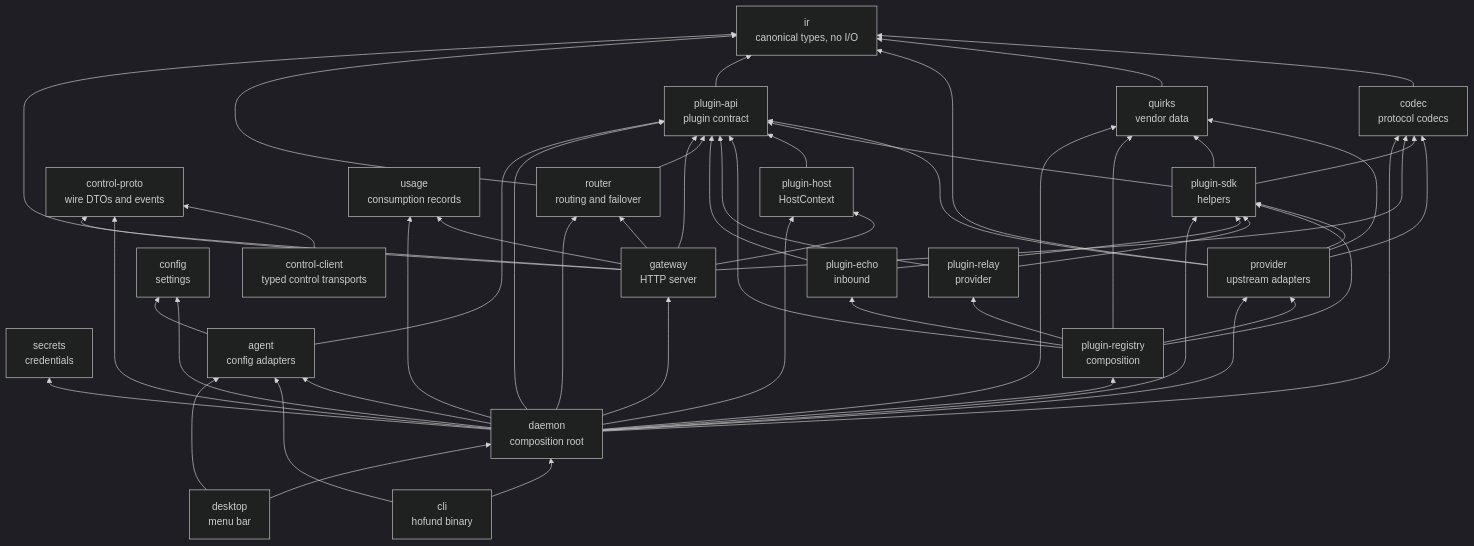
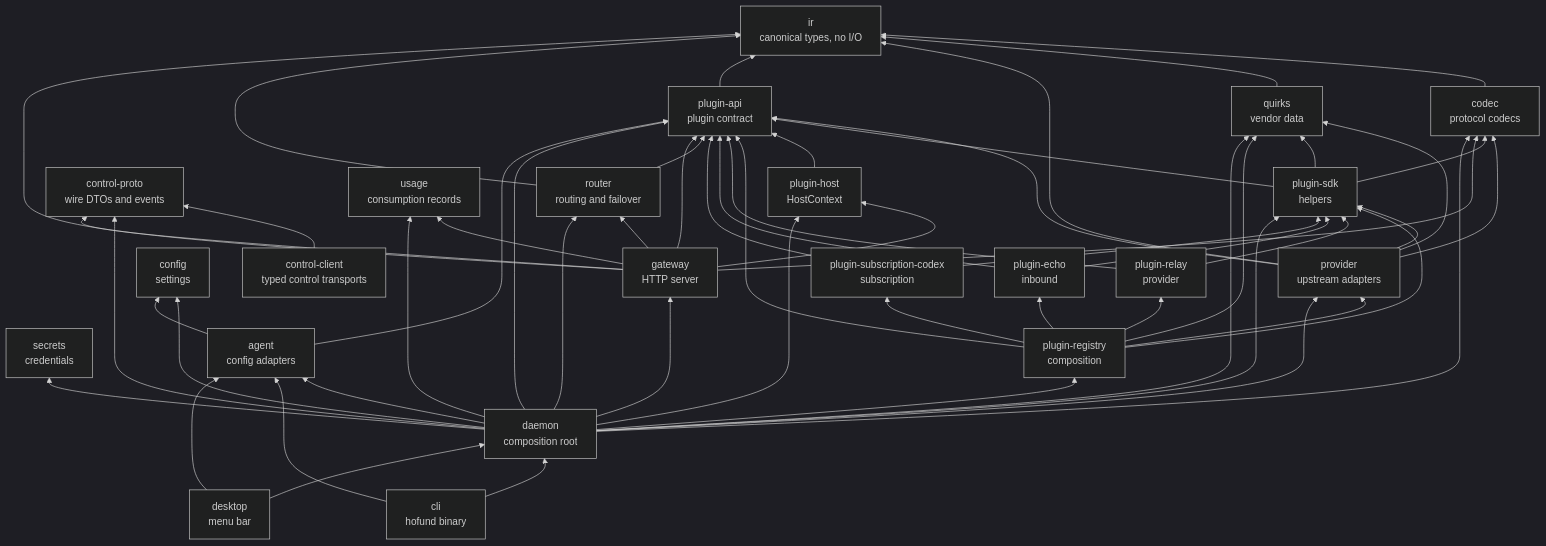
The diagram in docs/architecture.md (logibricks-io/open-heimdall-hofund), drawn with Mermaid (dark theme) before and after one commit. The commit also changed other lines of this file and 2 other files, not shown here.

Commit message:
H1: list the codex plugin in the architecture invariants

````diff
--- a/docs/architecture.md
+++ b/docs/architecture.md
@@ -37,77 +37,81 @@
 ```mermaid
 flowchart BT
   ir["ir<br/>canonical types, no I/O"]
   codec["codec<br/>protocol codecs"]
   quirks["quirks<br/>vendor data"]
   provider["provider<br/>upstream adapters"]
   router["router<br/>routing and failover"]
   config["config<br/>settings"]
   controlClient["control-client<br/>typed control transports"]
   controlProto["control-proto<br/>wire DTOs and events"]
   controlClient --> controlProto
   daemon --> controlProto
   gateway --> controlProto
   secrets["secrets<br/>credentials"]
   usage["usage<br/>consumption records"]
   agent["agent<br/>config adapters"]
   pluginApi["plugin-api<br/>plugin contract"]
   pluginSdk["plugin-sdk<br/>helpers"]
   pluginHost["plugin-host<br/>HostContext"]
   pluginRegistry["plugin-registry<br/>composition"]
   pluginRelay["plugin-relay<br/>provider"]
   pluginEcho["plugin-echo<br/>inbound"]
+  pluginCodex["plugin-subscription-codex<br/>subscription"]
   gateway["gateway<br/>HTTP server"]
   daemon["daemon<br/>composition root"]
   cli["cli<br/>hofund binary"]
   desktop["desktop<br/>menu bar"]
 
   codec --> ir
   quirks --> ir
   provider --> codec
   provider --> ir
   provider --> quirks
   provider --> pluginApi
   provider --> pluginSdk
   pluginApi --> ir
   pluginSdk --> codec
   pluginSdk --> pluginApi
   pluginSdk --> quirks
   pluginHost --> pluginApi
   pluginRegistry --> pluginApi
   pluginRegistry --> pluginSdk
   pluginRegistry --> pluginRelay
   pluginRegistry --> pluginEcho
+  pluginRegistry --> pluginCodex
   pluginRegistry --> provider
   pluginRegistry --> quirks
   pluginRelay --> pluginApi
   pluginRelay --> pluginSdk
   pluginEcho --> pluginApi
   pluginEcho --> pluginSdk
+  pluginCodex --> pluginApi
+  pluginCodex --> pluginSdk
   router --> pluginApi
   router --> ir
   gateway --> router
   gateway --> codec
   gateway --> ir
   gateway --> usage
   gateway --> pluginApi
   gateway --> pluginHost
   daemon --> gateway
   daemon --> config
   daemon --> secrets
   daemon --> provider
   daemon --> codec
   daemon --> quirks
   daemon --> router
   daemon --> pluginApi
   daemon --> pluginHost
   daemon --> pluginRegistry
   daemon --> pluginSdk
   daemon --> usage
   daemon --> agent
   agent --> config
   agent --> pluginApi
   cli --> daemon
   cli --> agent
   desktop --> daemon
   desktop --> agent
 ```
````
